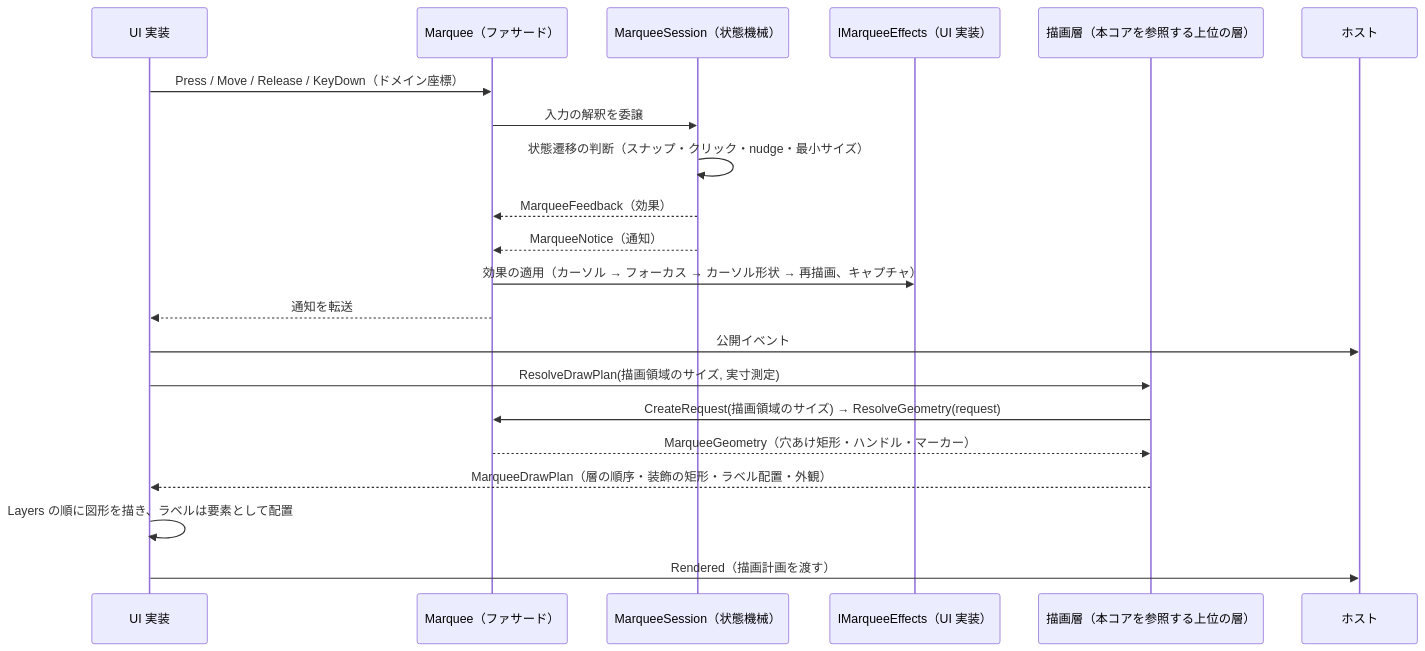
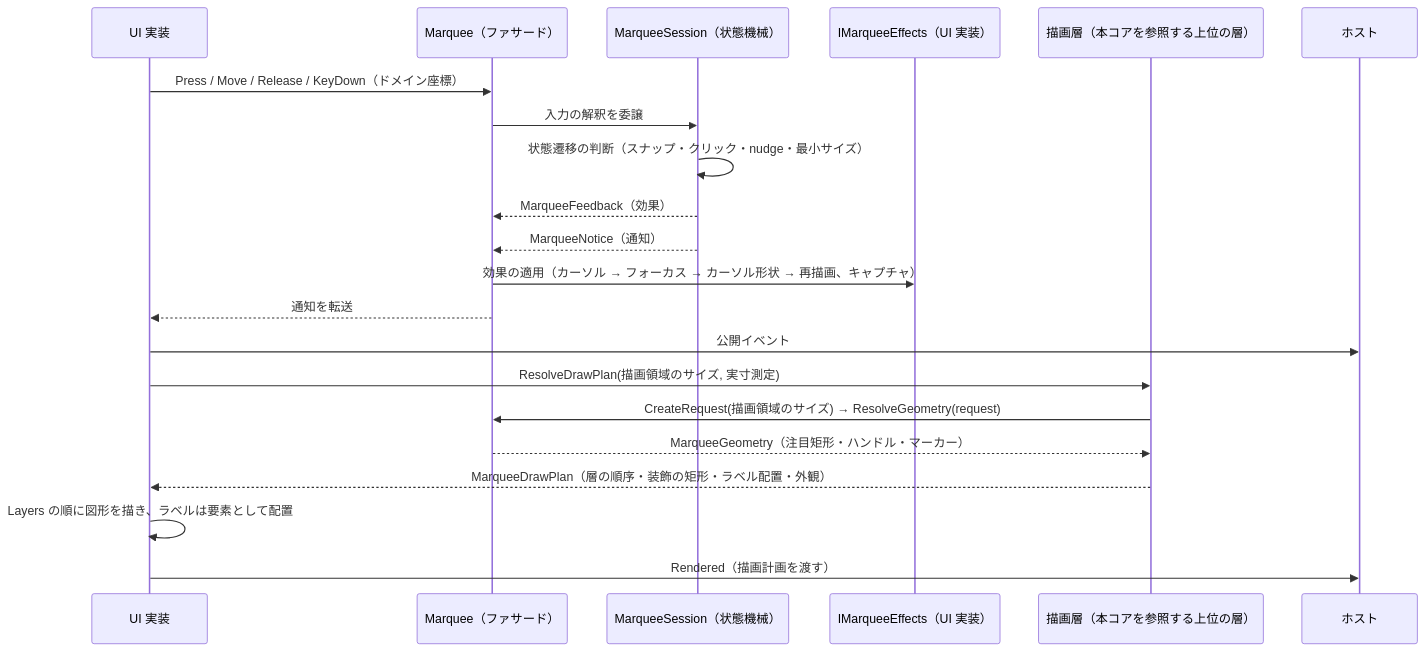
One commit to tomokuni/SaveEvidence changed the first of 2 diagrams in src/Feature.Marquee.Core/docs/SPEC_System.md. Above: the diagram before and after it, drawn with Mermaid. The commit also changed other lines of this file and 106 other files, not shown here.

````diff
--- a/src/Feature.Marquee.Core/docs/SPEC_System.md
+++ b/src/Feature.Marquee.Core/docs/SPEC_System.md
@@ -46,24 +46,24 @@
 ```mermaid
 sequenceDiagram
     participant UI as UI 実装
     participant M as Marquee（ファサード）
     participant S as MarqueeSession（状態機械）
     participant E as IMarqueeEffects（UI 実装）
     participant P as 描画層（本コアを参照する上位の層）
     participant H as ホスト
 
     UI->>M: Press / Move / Release / KeyDown（ドメイン座標）
     M->>S: 入力の解釈を委譲
     S->>S: 状態遷移の判断（スナップ・クリック・nudge・最小サイズ）
     S-->>M: MarqueeFeedback（効果）
     S-->>M: MarqueeNotice（通知）
     M->>E: 効果の適用（カーソル → フォーカス → カーソル形状 → 再描画、キャプチャ）
     M-->>UI: 通知を転送
     UI->>H: 公開イベント
     UI->>P: ResolveDrawPlan(描画領域のサイズ, 実寸測定)
     P->>M: CreateRequest(描画領域のサイズ) → ResolveGeometry(request)
-    M-->>P: MarqueeGeometry（穴あけ矩形・ハンドル・マーカー）
+    M-->>P: MarqueeGeometry（注目矩形・ハンドル・マーカー）
     P-->>UI: MarqueeDrawPlan（層の順序・装飾の矩形・ラベル配置・外観）
     UI->>UI: Layers の順に図形を描き、ラベルは要素として配置
     UI->>H: Rendered（描画計画を渡す）
 ```
````
